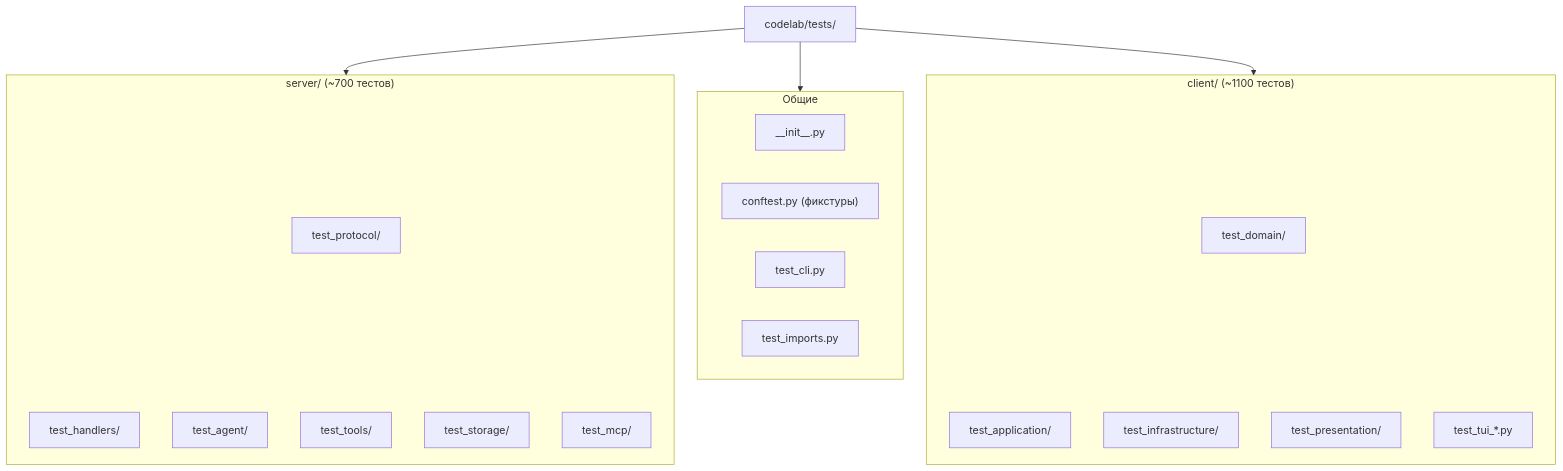
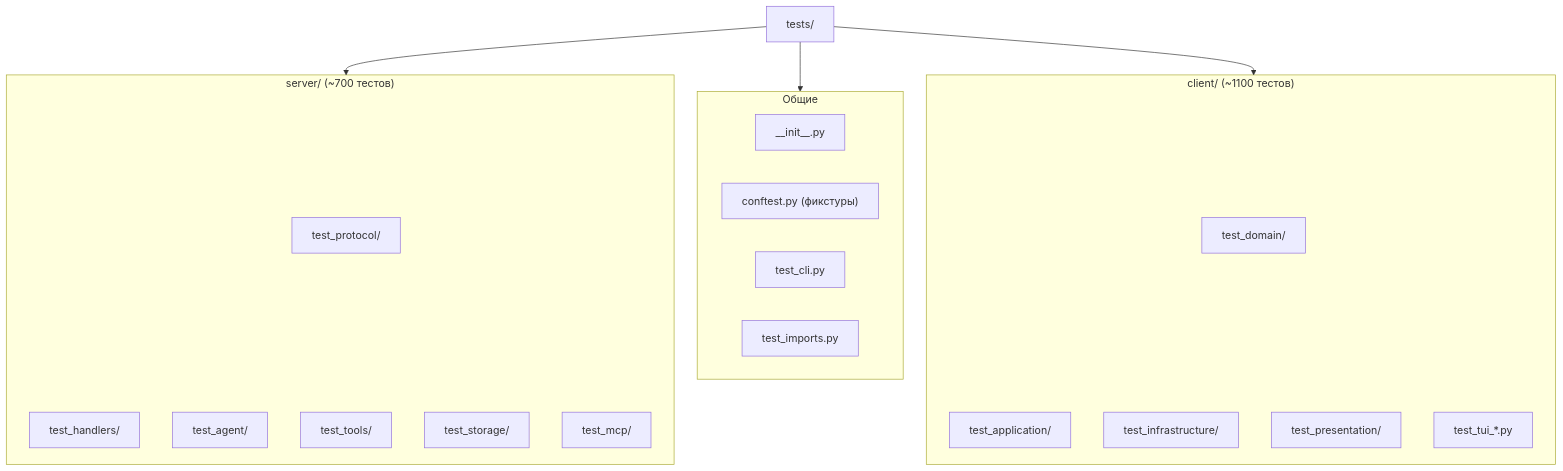
Diagram 13 of 18 in openspec/specs/codelab.md (pese-git/codelab-agent), drawn with Mermaid before and after one commit. The commit also changed 611 other files, not shown here.

First line of the commit message:
refactor: move codelab/ package to repository root

````diff
--- a/openspec/specs/codelab.md
+++ b/openspec/specs/codelab.md
@@ -814,34 +814,34 @@
 ```mermaid
 flowchart TB
-    Root["codelab/tests/"]
+    Root["tests/"]
 
     subgraph Common["Общие"]
         C1["__init__.py"]
         C2["conftest.py (фикстуры)"]
         C3["test_cli.py"]
         C4["test_imports.py"]
     end
 
     subgraph ClientTests["client/ (~1100 тестов)"]
         CL1["test_domain/"]
         CL2["test_application/"]
         CL3["test_infrastructure/"]
         CL4["test_presentation/"]
         CL5["test_tui_*.py"]
     end
 
     subgraph ServerTests["server/ (~700 тестов)"]
         SR1["test_protocol/"]
         SR2["test_handlers/"]
         SR3["test_agent/"]
         SR4["test_tools/"]
         SR5["test_storage/"]
         SR6["test_mcp/"]
     end
 
     Root --> Common
     Root --> ClientTests
     Root --> ServerTests
     ClientTests --- CL1 & CL2 & CL3 & CL4 & CL5
     ServerTests --- SR1 & SR2 & SR3 & SR4 & SR5 & SR6
 ```
````
